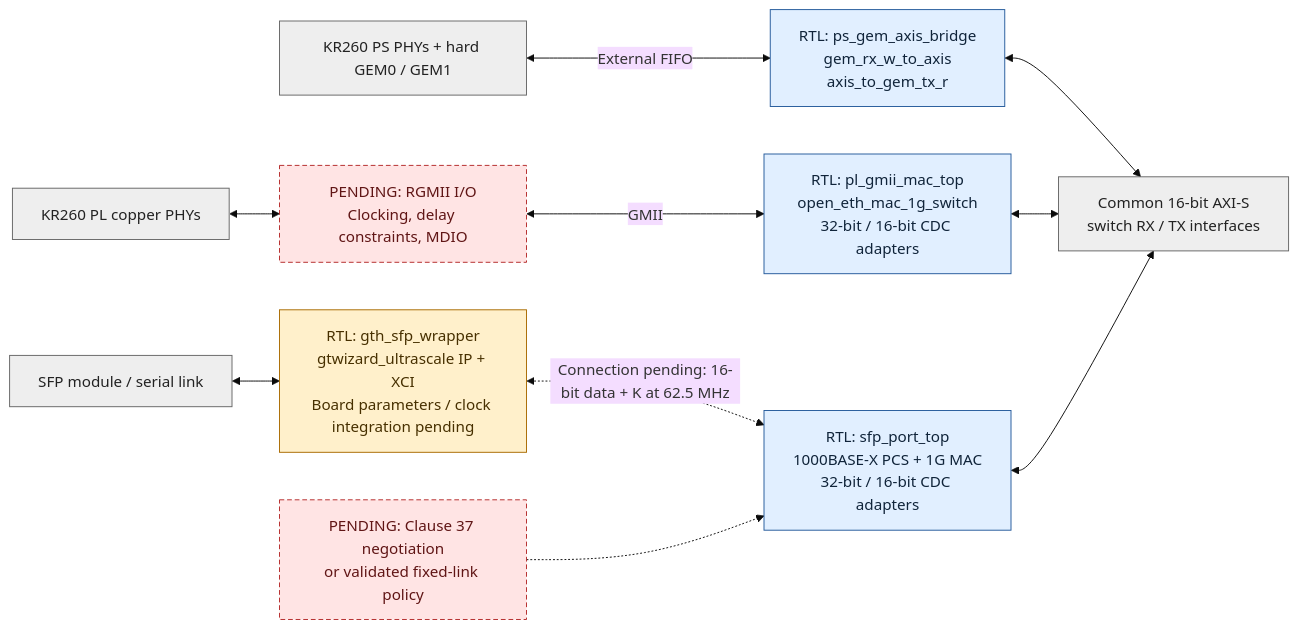
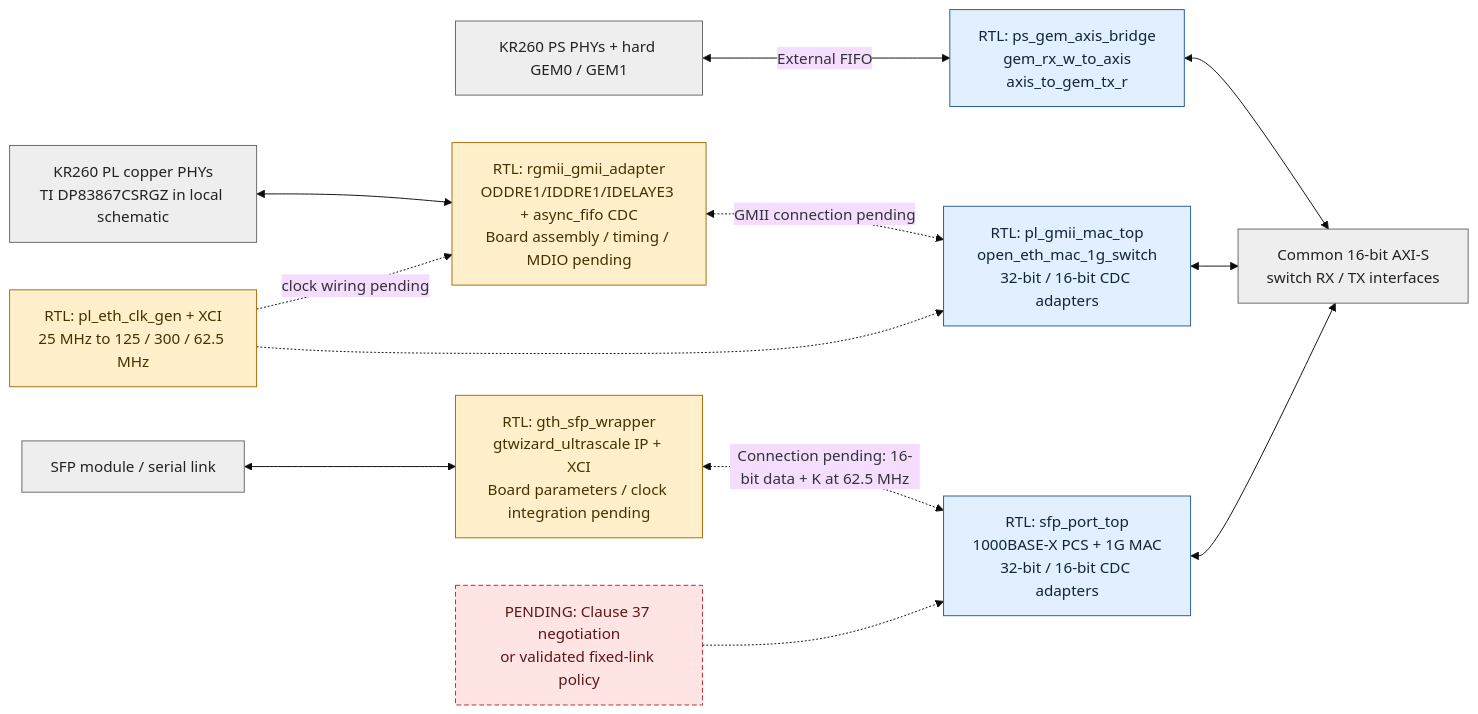
The second of 2 diagrams in docs/architecture.md (GhlHub/open_ethernet_switch), drawn with Mermaid (base theme) before and after one commit. The commit also changed other lines of this file and 15 other files, not shown here.

Commit message:
Add PL RGMII and clock generation sources; update design inventory

````diff
--- a/docs/architecture.md
+++ b/docs/architecture.md
@@ -95,23 +96,25 @@
 ```mermaid
 flowchart LR
     PSHW["KR260 PS PHYs + hard GEM0 / GEM1"] <-->|External FIFO| GEM["RTL: ps_gem_axis_bridge<br/>gem_rx_w_to_axis<br/>axis_to_gem_tx_r"]
     GEM <--> AXIS["Common 16-bit AXI-S<br/>switch RX / TX interfaces"]
 
-    PLPHY["KR260 PL copper PHYs"] <--> RGMII["PENDING: RGMII I/O<br/>Clocking, delay constraints, MDIO"]
-    RGMII <-->|GMII| PLMAC["RTL: pl_gmii_mac_top<br/>open_eth_mac_1g_switch<br/>32-bit / 16-bit CDC adapters"]
+    PLPHY["KR260 PL copper PHYs<br/>TI DP83867CSRGZ in local schematic"] <--> RGMII["RTL: rgmii_gmii_adapter<br/>ODDRE1/IDDRE1/IDELAYE3 + async_fifo CDC<br/>Board assembly / timing / MDIO pending"]
+    RGMII <-.->|GMII connection pending| PLMAC["RTL: pl_gmii_mac_top<br/>open_eth_mac_1g_switch<br/>32-bit / 16-bit CDC adapters"]
     PLMAC <--> AXIS
+    CLK["RTL: pl_eth_clk_gen + XCI<br/>25 MHz to 125 / 300 / 62.5 MHz"] -. clock wiring pending .-> RGMII
+    CLK -.-> PLMAC
 
     OPT["SFP module / serial link"] <--> GT["RTL: gth_sfp_wrapper<br/>gtwizard_ultrascale IP + XCI<br/>Board parameters / clock integration pending"]
     GT <-.->|Connection pending: 16-bit data + K at 62.5 MHz| PCS["RTL: sfp_port_top<br/>1000BASE-X PCS + 1G MAC<br/>32-bit / 16-bit CDC adapters"]
     PCS <--> AXIS
     AN["PENDING: Clause 37 negotiation<br/>or validated fixed-link policy"] -.-> PCS
 
     classDef present fill:#e1efff,stroke:#245a9b,color:#10243a
     classDef pending fill:#ffe4e4,stroke:#b52a2a,color:#601515,stroke-dasharray:5 3
     classDef hardware fill:#eeeeee,stroke:#666666,color:#222222
     classDef partial fill:#fff0cb,stroke:#a96a00,color:#473000
     class GEM,PLMAC,PCS present
-    class GT partial
-    class RGMII,AN pending
+    class GT,RGMII,CLK partial
+    class AN pending
     class PSHW,PLPHY,OPT,AXIS hardware
 ```
````
